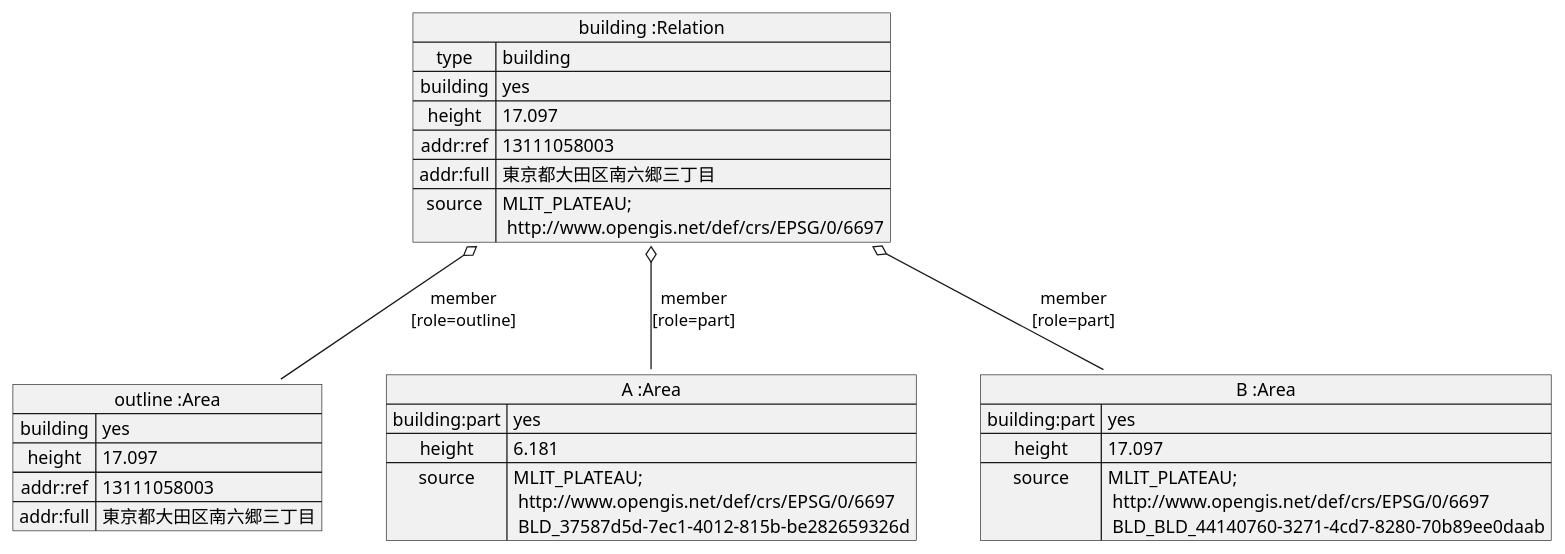
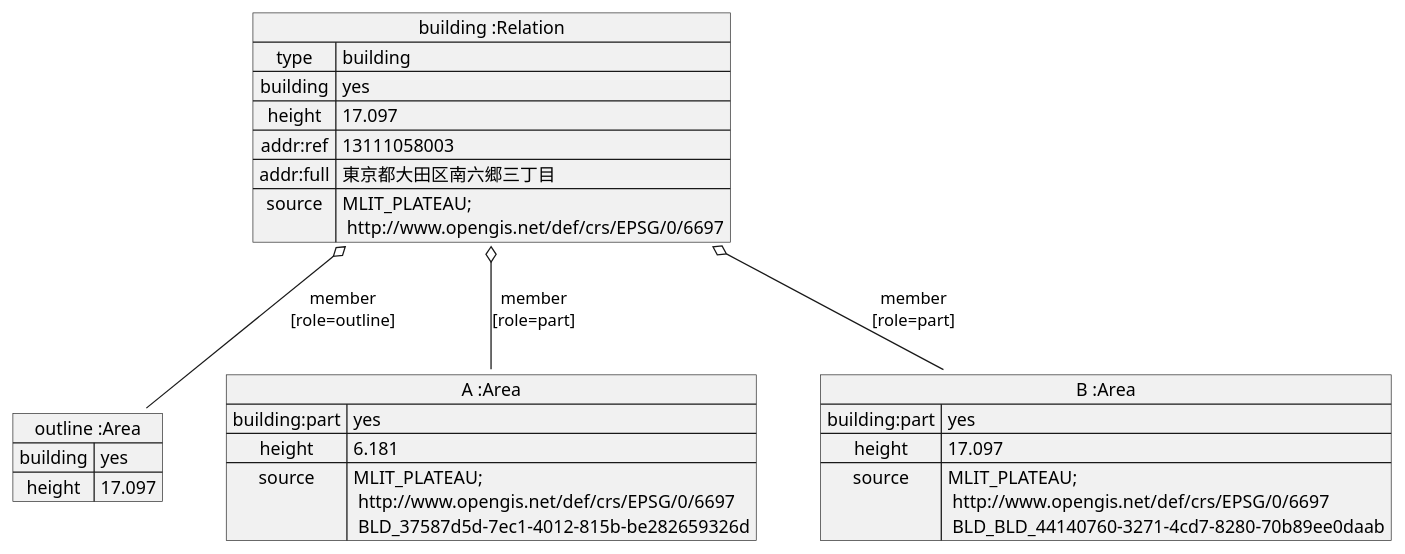
Before and after one commit to yuuhayashi/citygml-osm: the diagram in doc/building/BuildingRelation.pu, drawn with PlantUML. The commit also changed 15 other files, not shown here.

```diff
--- a/doc/building/BuildingRelation.pu
+++ b/doc/building/BuildingRelation.pu
@@ -1,31 +1,29 @@
 @startuml
 map "building :Relation" as building {
  type => building
  building => yes
  height => 17.097
  addr:ref => 13111058003
  addr:full => 東京都大田区南六郷三丁目
  source => MLIT_PLATEAU;\n http://www.opengis.net/def/crs/EPSG/0/6697
 }
 
 map "outline :Area" as outline {
  building => yes
  height => 17.097
- addr:ref => 13111058003
- addr:full => 東京都大田区南六郷三丁目
 }
 map "A :Area" as A {
  building:part => yes
  height => 6.181
  source => MLIT_PLATEAU;\n http://www.opengis.net/def/crs/EPSG/0/6697\n BLD_37587d5d-7ec1-4012-815b-be282659326d
 }
 map "B :Area" as B {
  building:part => yes
  height => 17.097
  source => MLIT_PLATEAU;\n http://www.opengis.net/def/crs/EPSG/0/6697\n BLD_BLD_44140760-3271-4cd7-8280-70b89ee0daab
 }
 
 building o-- outline : member\n[role=outline]
 building o-- A : member\n[role=part]
 building o-- B : member\n[role=part]
 @enduml
```
